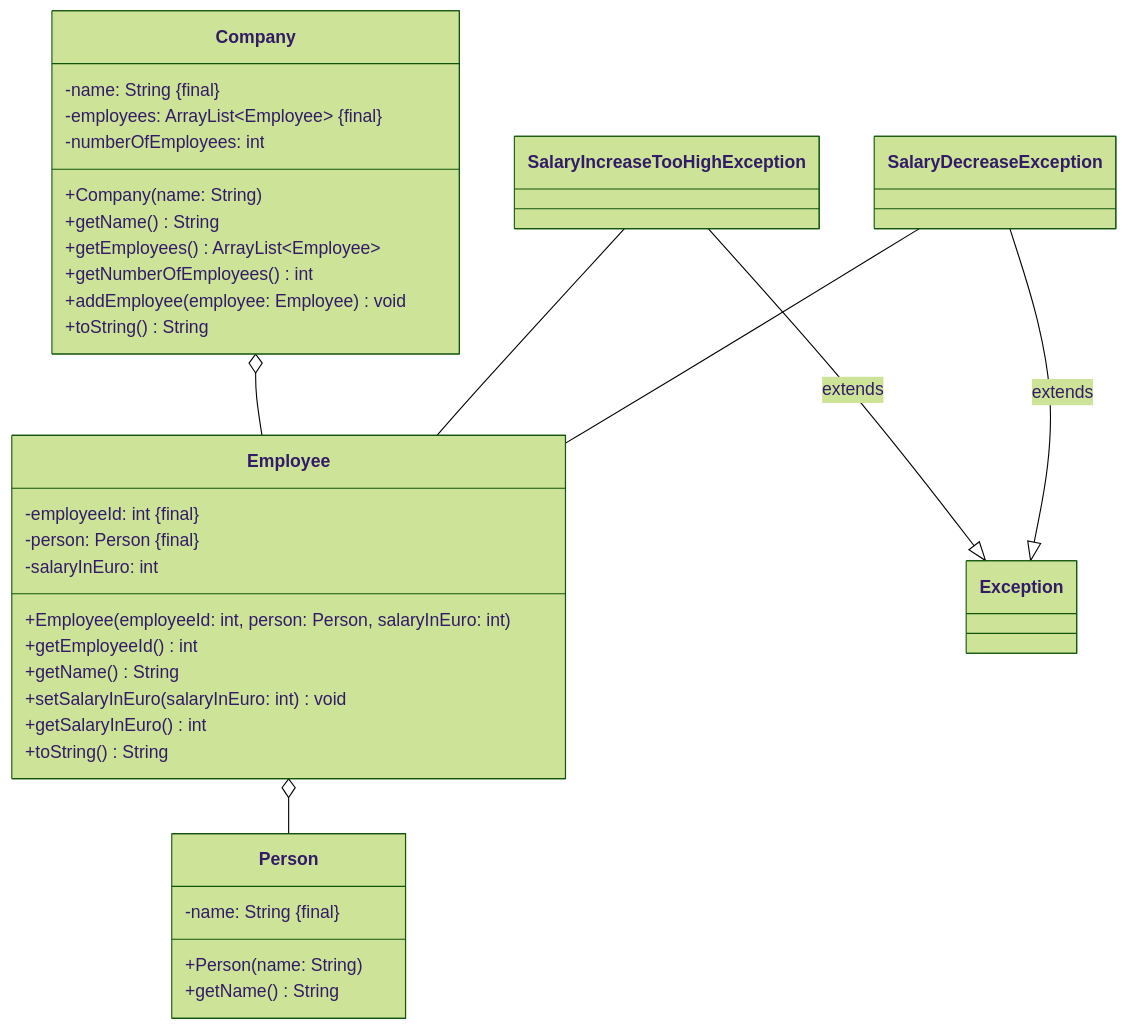
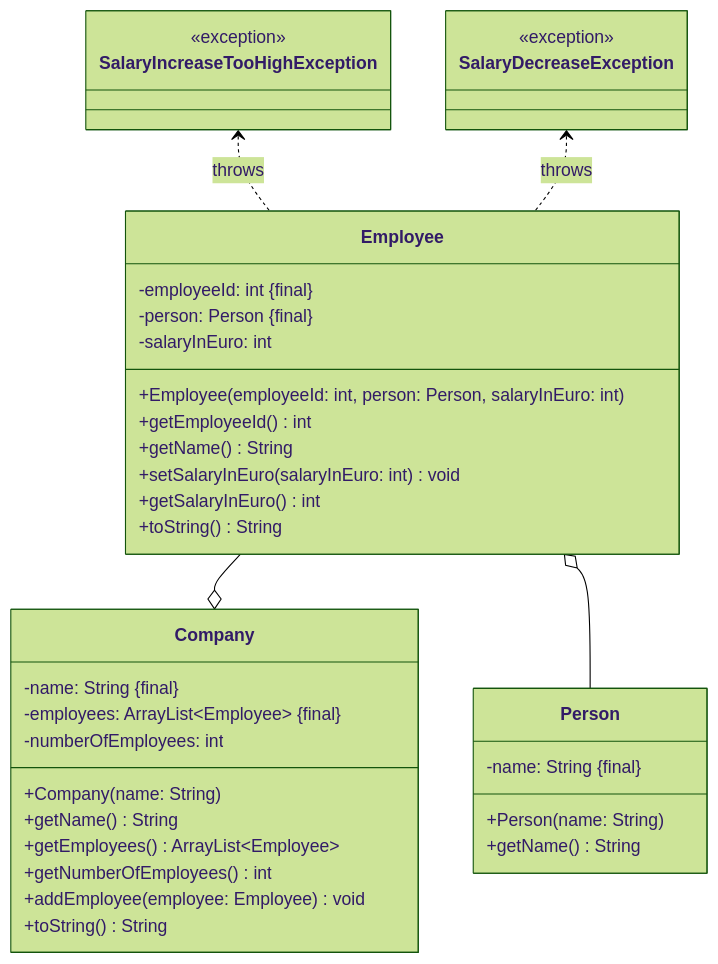
Before and after one commit to jappuccini/java-docs: the diagram in docs/exercises/exceptions/exceptions03.mdx, drawn with Mermaid (forest theme). The commit also changed other lines of this file and 36 other files, not shown here.

````diff
--- a/docs/exercises/exceptions/exceptions03.mdx
+++ b/docs/exercises/exceptions/exceptions03.mdx
@@ -16,44 +16,45 @@
 ```mermaid
 classDiagram
-    Company o-- Employee
+    Employee --o Company
     Employee o-- Person
-    SalaryIncreaseTooHighException --|> Exception : extends
-    SalaryIncreaseTooHighException -- Employee
-    SalaryDecreaseException --|> Exception : extends
-    SalaryDecreaseException -- Employee
+    SalaryIncreaseTooHighException <.. Employee : throws
+    SalaryDecreaseException <.. Employee : throws
 
     class Company {
         -name: String &#123final&#125
         -employees: ArrayList~Employee~ &#123final&#125
         -numberOfEmployees: int
         +Company(name: String)
         +getName() String
         +getEmployees() ArrayList~Employee~
         +getNumberOfEmployees() int
         +addEmployee(employee: Employee) void
         +toString() String
     }
 
     class Person {
         -name: String &#123final&#125
         +Person(name: String)
         +getName() String
     }
 
     class Employee {
         -employeeId: int &#123final&#125
         -person: Person &#123final&#125
         -salaryInEuro: int
         +Employee(employeeId: int, person: Person, salaryInEuro: int)
         +getEmployeeId() int
         +getName() String
         +setSalaryInEuro(salaryInEuro: int) void
         +getSalaryInEuro() int
         +toString() String
     }
 
     class SalaryIncreaseTooHighException {
+    	<<exception>>
     }
+
     class SalaryDecreaseException {
+    	<<exception>>
     }
 ```
````
